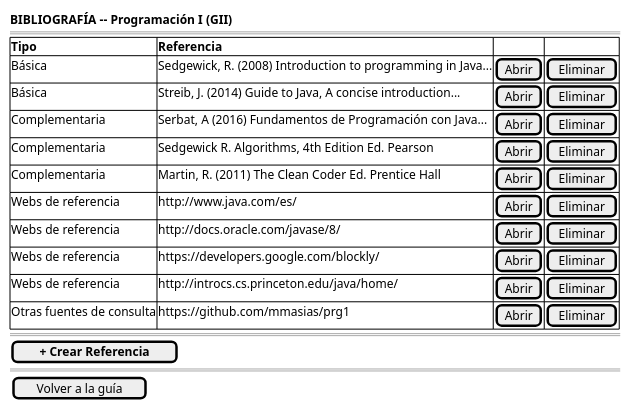
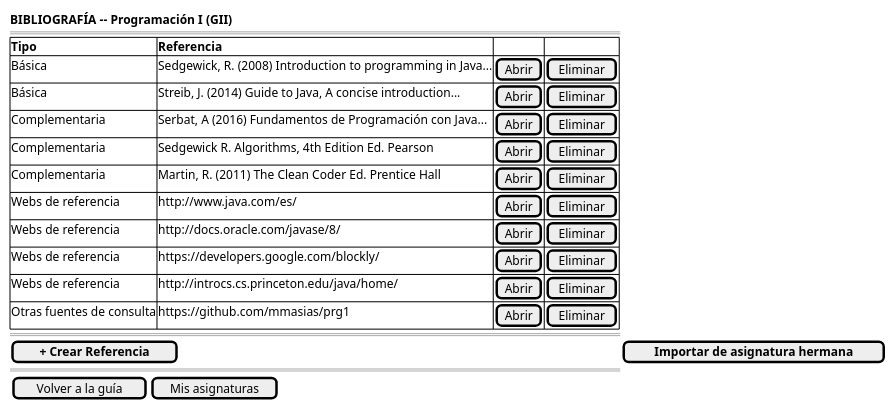
Before and after one commit to mmasias/pyCeldaPublico: the diagram in RUP/01-requisitos/03-detalle-casos-uso/abrirReferenciasBibliograficas/wireframes.puml, drawn with PlantUML. The commit also changed 393 other files, not shown here.

```diff
--- a/RUP/01-requisitos/03-detalle-casos-uso/abrirReferenciasBibliograficas/wireframes.puml
+++ b/RUP/01-requisitos/03-detalle-casos-uso/abrirReferenciasBibliograficas/wireframes.puml
@@ -1,23 +1,23 @@
 @startsalt abrirReferenciasBibliograficas-wireframe
 {
     <b>BIBLIOGRAFÍA -- Programación I (GII)</b>
     ====
     {#
         <b>Tipo | <b>Referencia | . | .
         Básica | Sedgewick, R. (2008) Introduction to programming in Java... | [Abrir] | [Eliminar]
         Básica | Streib, J. (2014) Guide to Java, A concise introduction... | [Abrir] | [Eliminar]
         Complementaria | Serbat, A (2016) Fundamentos de Programación con Java... | [Abrir] | [Eliminar]
         Complementaria | Sedgewick R. Algorithms, 4th Edition Ed. Pearson | [Abrir] | [Eliminar]
         Complementaria | Martin, R. (2011) The Clean Coder Ed. Prentice Hall | [Abrir] | [Eliminar]
         Webs de referencia | http://www.java.com/es/ | [Abrir] | [Eliminar]
         Webs de referencia | http://docs.oracle.com/javase/8/ | [Abrir] | [Eliminar]
         Webs de referencia | https://developers.google.com/blockly/ | [Abrir] | [Eliminar]
         Webs de referencia | http://introcs.cs.princeton.edu/java/home/ | [Abrir] | [Eliminar]
         Otras fuentes de consulta | https://github.com/mmasias/prg1 | [Abrir] | [Eliminar]
     }
     ====
-    [ <b>+ Crear Referencia</b> ]
+    [ <b>+ Crear Referencia</b> ] | [ <b>Importar de asignatura hermana</b> ]
     ====
-    {[Volver a la guía]}
+    {[Volver a la guía] | [Mis asignaturas]}
 }
 @endsalt
```
